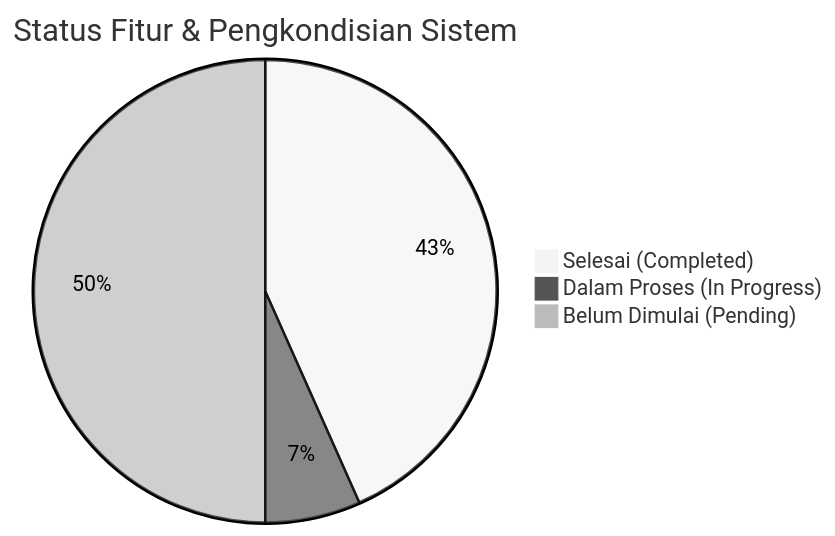
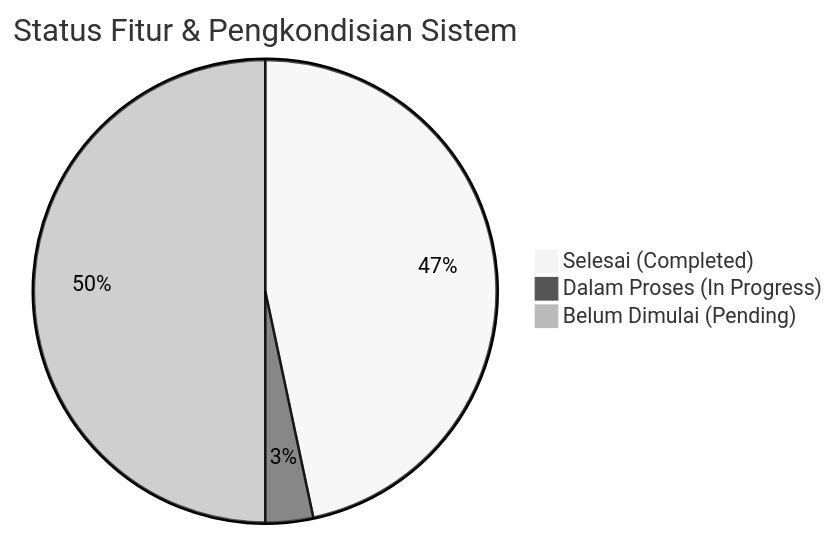
The diagram in docs/progress_pengembangan_sistem_presensi.md (4lliiifffff/pengembangan-presensi-pkbmpikat), drawn with Mermaid (neutral theme) before and after one commit. The commit also changed other lines of this file and 11 other files, not shown here.

````diff
--- a/docs/progress_pengembangan_sistem_presensi.md
+++ b/docs/progress_pengembangan_sistem_presensi.md
@@ -12,6 +12,6 @@
 ```mermaid
 pie title Status Fitur & Pengkondisian Sistem
-    "Selesai (Completed)" : 13
-    "Dalam Proses (In Progress)" : 2
+    "Selesai (Completed)" : 14
+    "Dalam Proses (In Progress)" : 1
     "Belum Dimulai (Pending)" : 15
 ```
````
